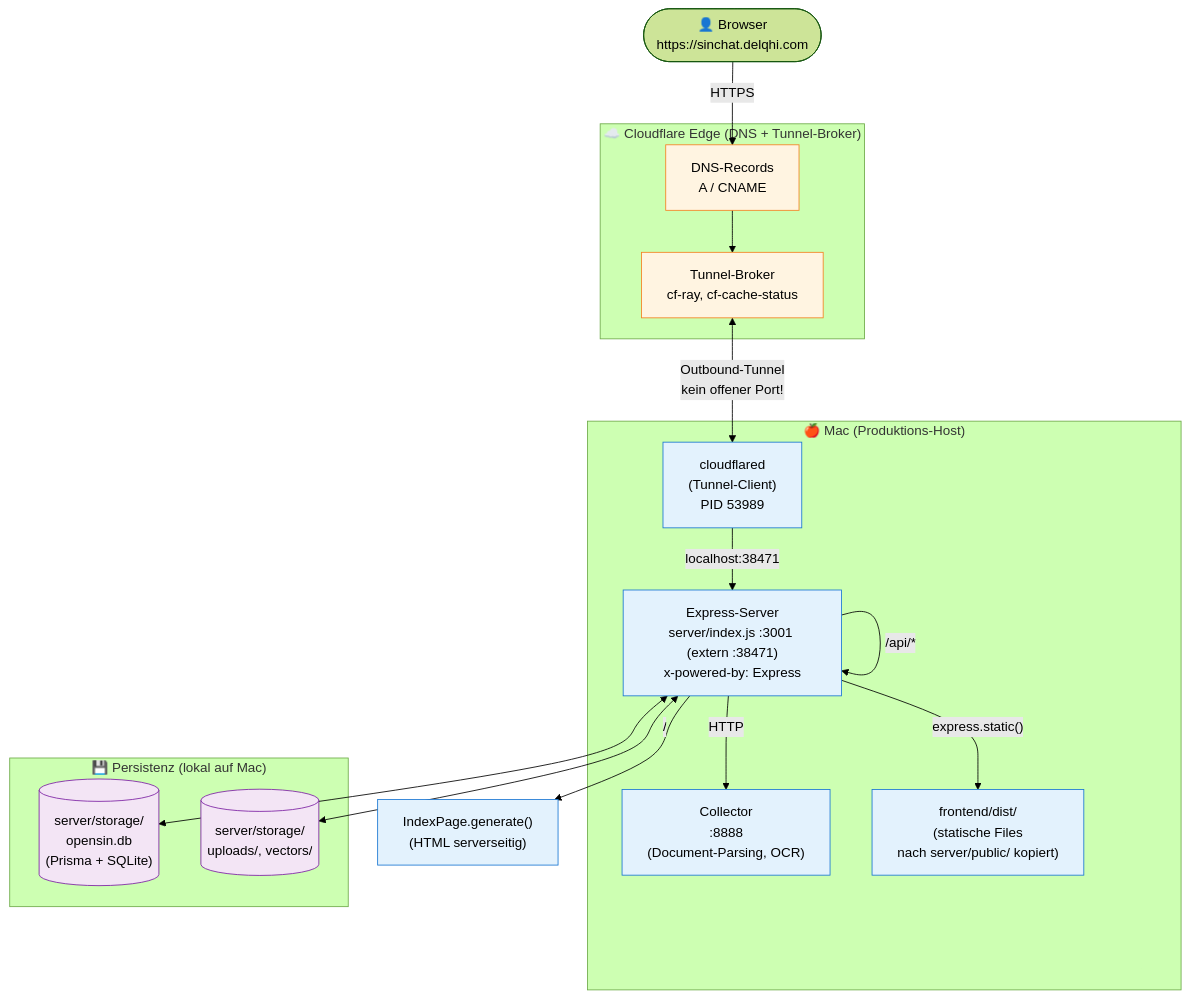
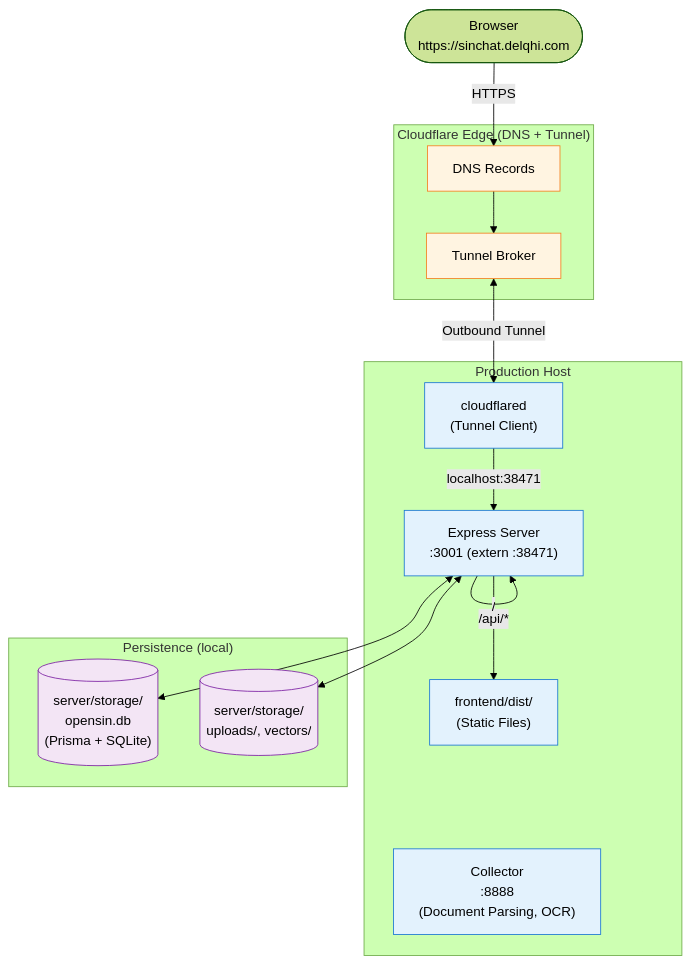
Before and after one commit to OpenSIN-AI/OpenSIN-Chat: the diagram in README.md, drawn with Mermaid (forest theme). The commit also changed other lines of this file and 4 other files, not shown here.

````diff
--- a/README.md
+++ b/README.md
@@ -251,39 +82,37 @@
 ```mermaid
 flowchart TB
-    User(["👤 Browser<br/>https://sinchat.delqhi.com"])
+    User(["Browser<br/>https://sinchat.delqhi.com"])
 
-    subgraph Cloudflare["☁️ Cloudflare Edge (DNS + Tunnel-Broker)"]
-        DNS["DNS-Records<br/>A / CNAME"]
-        Tunnel["Tunnel-Broker<br/>cf-ray, cf-cache-status"]
+    subgraph Cloudflare["Cloudflare Edge (DNS + Tunnel)"]
+        DNS["DNS Records"]
+        Tunnel["Tunnel Broker"]
     end
 
-    subgraph Mac["🍎 Mac (Produktions-Host)"]
-        Cloudflared["cloudflared<br/>(Tunnel-Client)<br/>PID 53989"]
-        Express["Express-Server<br/>server/index.js :3001 (extern :38471)<br/>x-powered-by: Express"]
-        Collector["Collector<br/>:8888<br/>(Document-Parsing, OCR)"]
-        Frontend["frontend/dist/<br/>(statische Files<br/>nach server/public/ kopiert)"]
+    subgraph Host["Production Host"]
+        Cloudflared["cloudflared<br/>(Tunnel Client)"]
+        Express["Express Server<br/>:3001 (extern :38471)"]
+        Collector["Collector<br/>:8888<br/>(Document Parsing, OCR)"]
+        Frontend["frontend/dist/<br/>(Static Files)"]
     end
 
-    subgraph Data["💾 Persistenz (lokal auf Mac)"]
+    subgraph Data["Persistence (local)"]
         SQLite[("server/storage/<br/>opensin.db<br/>(Prisma + SQLite)")]
         Files[("server/storage/<br/>uploads/, vectors/")]
     end
 
     User -->|HTTPS| DNS
     DNS --> Tunnel
-    Tunnel <-->|Outbound-Tunnel<br/>kein offener Port!| Cloudflared
+    Tunnel <-->|Outbound Tunnel| Cloudflared
     Cloudflared -->|localhost:38471| Express
     Express -->|"/api/*"| Express
-    Express -->|"/"| IndexPage["IndexPage.generate()<br/>(HTML serverseitig)"]
-    Express -->|"express.static()"| Frontend
-    Express -->|HTTP| Collector
+    Express -->|"/"| Frontend
     Express <--> SQLite
     Express <--> Files
 
     classDef cloud fill:#fff4e1,stroke:#f48120,color:#000
     classDef mac fill:#e3f2fd,stroke:#1976d2,color:#000
     classDef data fill:#f3e5f5,stroke:#7b1fa2,color:#000
     class DNS,Tunnel cloud
-    class Cloudflared,Express,Collector,Frontend,IndexPage mac
+    class Cloudflared,Express,Collector,Frontend mac
     class SQLite,Files data
 ```
````
